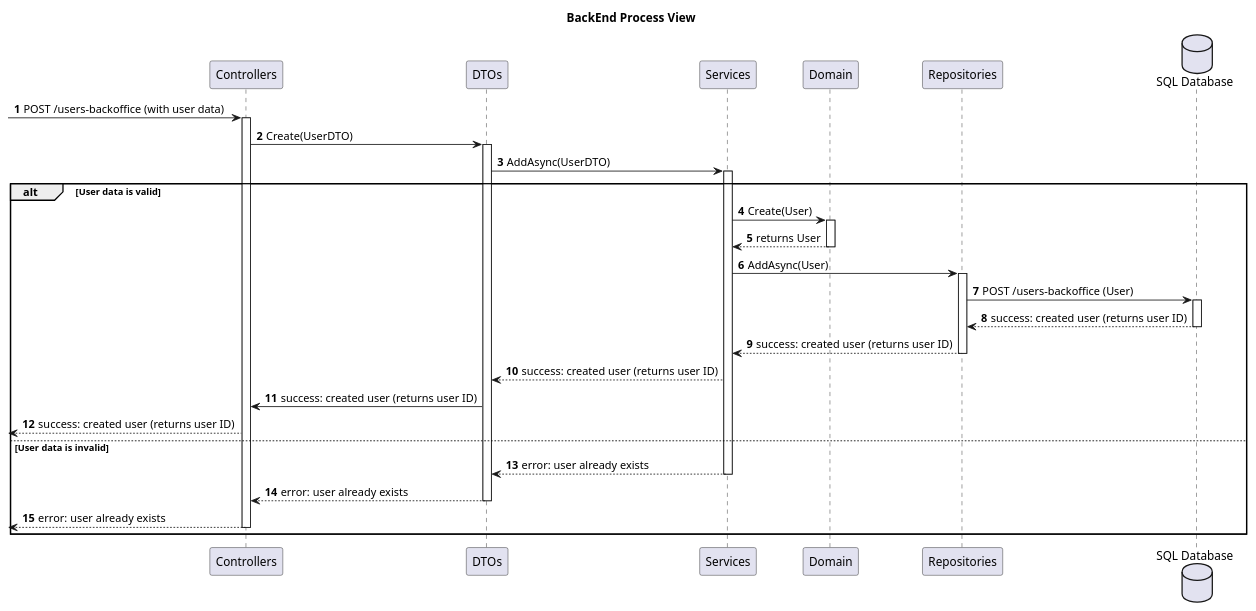
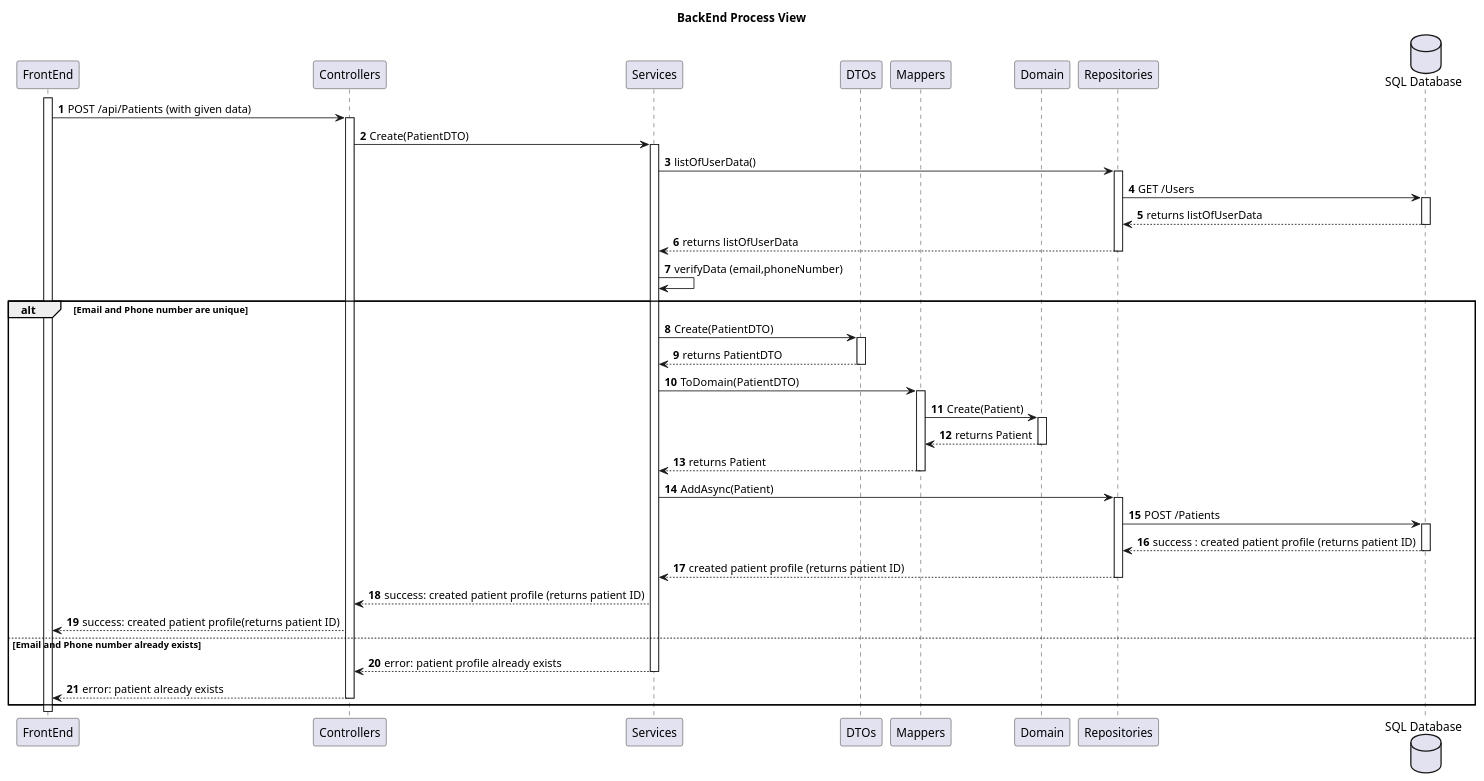
One commit to MiguelCardoso77/SurgicalSync-BackEnd changed the diagram in docs/SprintA/13-create-patient-profile/level3/backend-process-view.puml. Above: the diagram before and after it, drawn with PlantUML. The commit also changed 1 other file, not shown here.

```diff
--- a/docs/SprintA/13-create-patient-profile/level3/backend-process-view.puml
+++ b/docs/SprintA/13-create-patient-profile/level3/backend-process-view.puml
@@ -1,61 +1,82 @@
 @startuml
 autonumber
 
 title BackEnd Process View
 
+participant "FrontEnd" as FE
 participant "Controllers" as CN
+participant "Services" as SV
 participant "DTOs" as DTO
-participant "Services" as SV
+participant "Mappers" as MP
 participant "Domain" as DM
 participant "Repositories" as REPO
 database "SQL Database" as SQL
 
-    -> CN: POST /users-backoffice (with user data)
+activate FE
+    FE -> CN: POST /api/Patients (with given data)
     activate CN
+        
+        CN -> SV : Create(PatientDTO)
+        activate SV
+        
+            SV -> REPO : listOfUserData()
+            activate REPO 
+            
+                REPO -> SQL : GET /Users
+                activate SQL
+                
+                    SQL --> REPO: returns listOfUserData
+                deactivate SQL
+                
+                REPO --> SV: returns listOfUserData
+            deactivate REPO
+        
+        SV -> SV : verifyData (email,phoneNumber)
+        
+    alt Email and Phone number are unique
+
+            SV -> DTO : Create(PatientDTO)
+            activate DTO
     
-        CN -> DTO : Create(UserDTO)
-        activate DTO
-        
-            DTO -> SV : AddAsync(UserDTO)
-            activate SV
+                DTO --> SV : returns PatientDTO
+            deactivate DTO
             
-alt User data is valid
+            SV -> MP : ToDomain(PatientDTO)
+            activate MP
             
-                SV -> DM : Create(User)
+                MP -> DM : Create(Patient)
                 activate DM
                 
-                    DM --> SV : returns User
+                    DM --> MP : returns Patient   
                 deactivate DM
                 
-                SV -> REPO : AddAsync(User)
-                activate REPO
-                
-                    REPO -> SQL : POST /users-backoffice (User)
-                    activate SQL
+                MP --> SV : returns Patient
+            deactivate MP
+            
+            SV -> REPO : AddAsync(Patient)
+            activate REPO
                     
-                        SQL --> REPO : success: created user (returns user ID)
-                    deactivate SQL
+                REPO -> SQL : POST /Patients
+                activate SQL
                     
-                    REPO --> SV : success: created user (returns user ID)
-                deactivate REPO
-                
-                SV --> DTO : success: created user (returns user ID)
+                    SQL --> REPO : success : created patient profile (returns patient ID)
+                deactivate SQL
+                    
+                REPO --> SV : created patient profile (returns patient ID)
+            deactivate REPO
+          
+            SV --> CN : success: created patient profile (returns patient ID)
             
-            DTO -> CN : success: created user (returns user ID)
+    FE <-- CN: success: created patient profile(returns patient ID) 
 
-        <-- CN: success: created user (returns user ID) 
-
-else User data is invalid
+    else Email and Phone number already exists
             
-                SV --> DTO : error: user already exists
-            deactivate SV
-            
-            DTO --> CN : error: user already exists
-        deactivate DTO
+             SV --> CN : error: patient profile already exists
+        deactivate SV
         
-        <-- CN: error: user already exists
+    FE <-- CN: error: patient already exists
     deactivate CN                
     
 end
 
 @enduml
```
